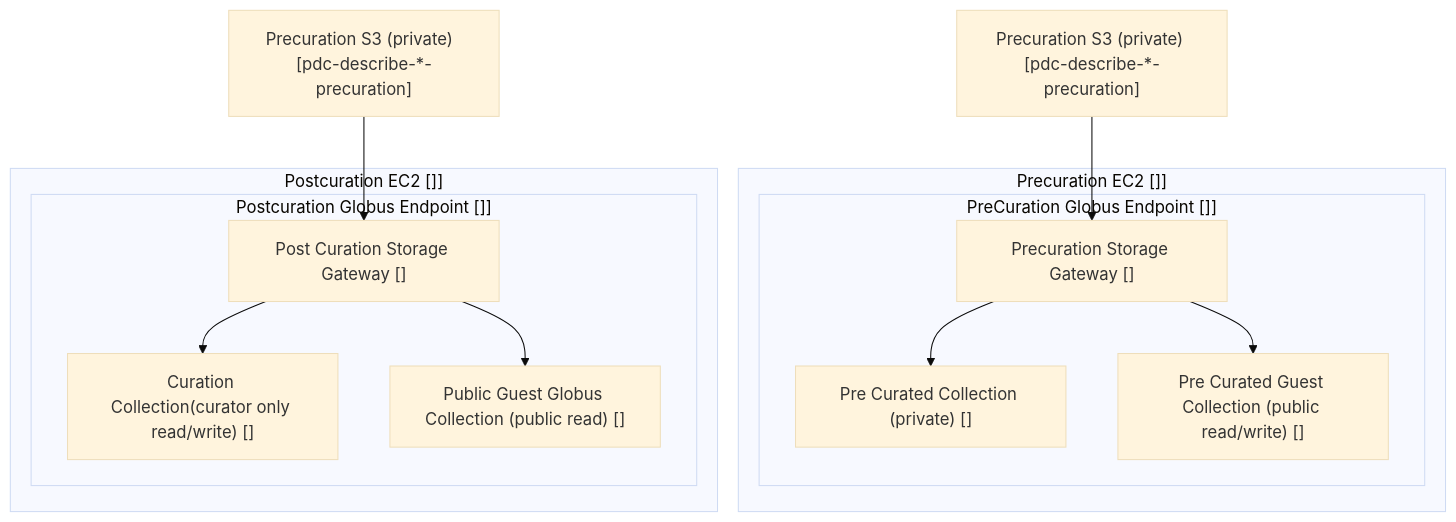
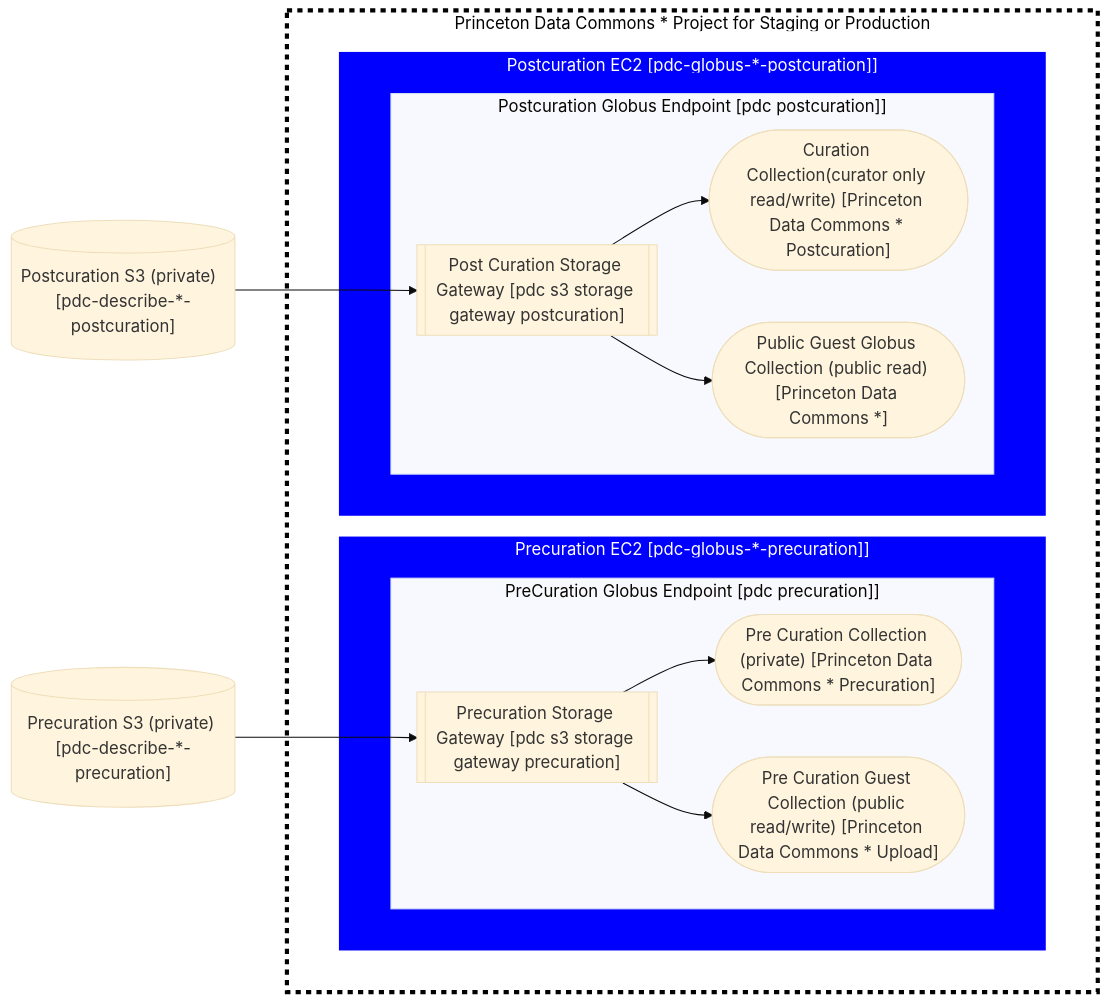
One commit to pulibrary/rdss-handbook changed the diagram in globus.md. Above: the diagram before and after it, drawn with Mermaid (base theme). The commit also changed other lines of this file, not shown here.

````diff
--- a/globus.md
+++ b/globus.md
@@ -9,17 +36,31 @@
 ```mermaid
-  graph TD;
-      S31["Precuration S3 (private) [pdc-describe-*-precuration]"]-->SG1
-      S32["Precuration S3 (private)  [pdc-describe-*-precuration]"]-->SG2
-      subgraph "Precuration EC2 []]"
-         subgraph "PreCuration Globus Endpoint []]"
-         SG1["Precuration Storage Gateway []"]-->B["Pre Curated Collection (private) []"]
-         SG1-->F["Pre Curated Guest Collection (public read/write) []"];
+  graph LR;
+      S31[("Precuration S3 (private) [pdc-describe-*-precuration]")]-->SG1
+         S32[("Postcuration S3 (private)  [pdc-describe-*-postcuration]")]-->SG2
+      subgraph project ["Princeton Data Commons * Project for Staging or Production"]
+      subgraph project_space [" "]
+      style project fill:#fff,stroke:#000,stroke-width:4px,color:#000,stroke-dasharray: 5 5
+      style project_space fill:#fff,stroke:#000,stroke-width:0px
+         subgraph EC2 ["Precuration EC2  [pdc-globus-*-precuration]]"]
+         subgraph ec2_sp [" "]
+            subgraph "PreCuration Globus Endpoint [pdc precuration]]"
+               SG1[["Precuration Storage Gateway [pdc s3 storage gateway precuration]"]]-->B(["Pre Curation Collection (private) [Princeton Data Commons * Precuration]"])
+               SG1-->F(["Pre Curation Guest Collection (public read/write) [Princeton Data Commons * Upload]"]);
+            end
+         end
+         end
+         subgraph EC2a ["Postcuration EC2 [pdc-globus-*-postcuration]]"]
+         subgraph ec2a_sp [" "]
+            subgraph "Postcuration Globus Endpoint [pdc postcuration]]"
+               SG2[["Post Curation Storage Gateway [pdc s3 storage gateway postcuration]"]]-->D(["Curation Collection(curator only read/write) [Princeton Data Commons * Postcuration]"]);
+               SG2-->E(["Public Guest Globus Collection (public read) [Princeton Data Commons *]"]);
+            end
+         end
          end
       end
-      subgraph "Postcuration EC2 []]"
-      subgraph "Postcuration Globus Endpoint []]"
-      SG2["Post Curation Storage Gateway []"]-->D["Curation Collection(curator only read/write) []"];
-      SG2-->E["Public Guest Globus Collection (public read) []"];
-      end
-      end
+   end
+
+   classDef ecclass fill:#00f,stroke:#00f,stroke-width:0px,color:#fff;
+   class EC2,EC2a,ec2_sp,ec2a_sp ecclass;
+
 ```
````
